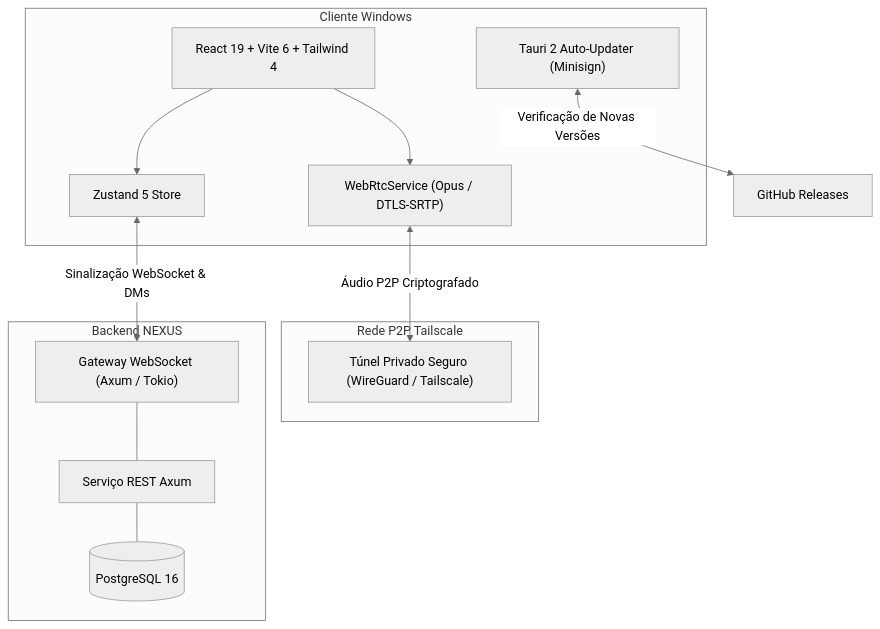
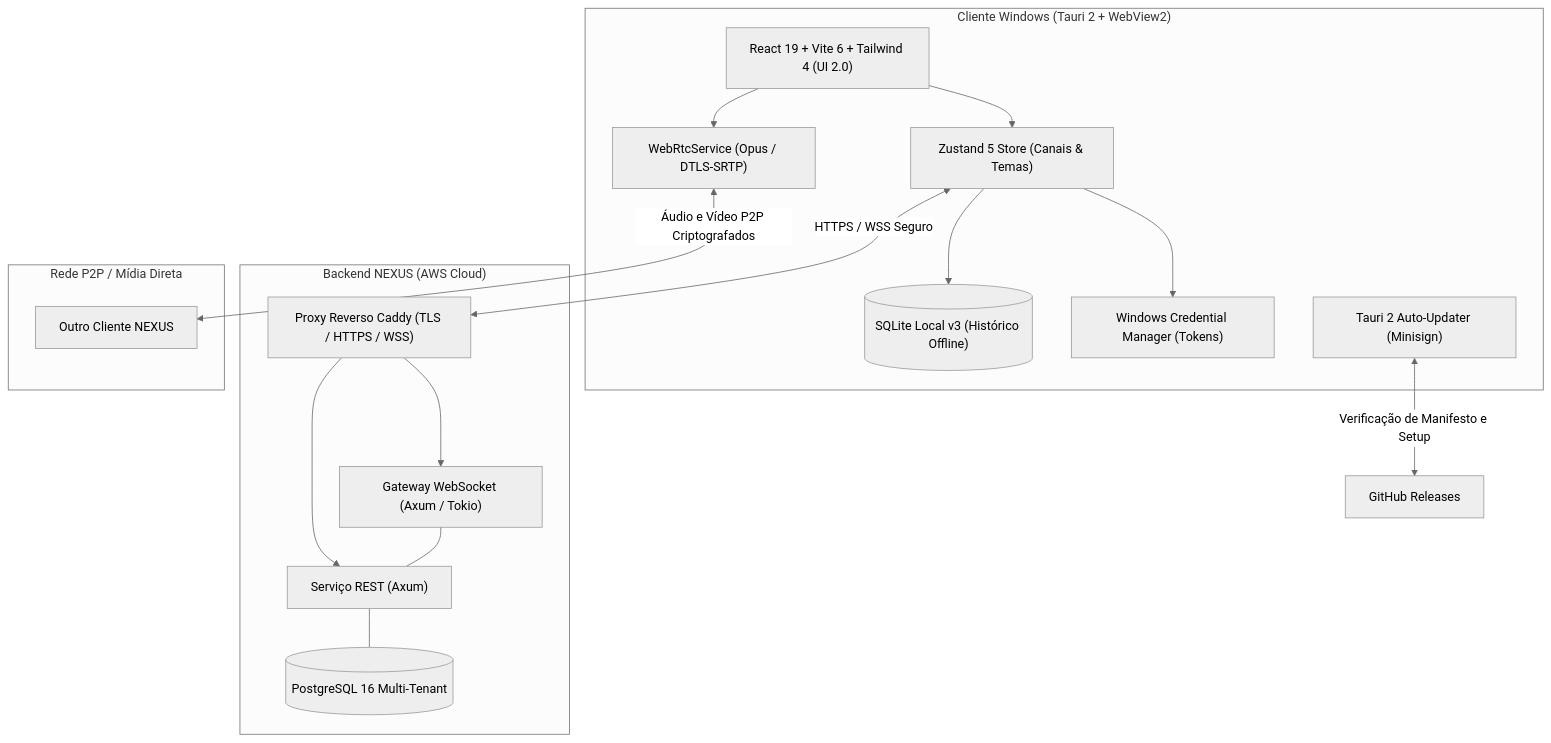
One commit to Sinisterzs/NEXUS changed the diagram in README.md. Above: the diagram before and after it, drawn with Mermaid (neutral theme). The commit also changed other lines of this file and 9 other files, not shown here.

````diff
--- a/README.md
+++ b/README.md
@@ -45,27 +59,35 @@
 ```mermaid
 flowchart TD
-    subgraph Cliente Windows
-        UI["React 19 + Vite 6 + Tailwind 4"]
-        Store["Zustand 5 Store"]
+    subgraph Cliente Windows ["Cliente Windows (Tauri 2 + WebView2)"]
+        UI["React 19 + Vite 6 + Tailwind 4 (UI 2.0)"]
+        Store["Zustand 5 Store (Canais & Temas)"]
         WebRTC["WebRtcService (Opus / DTLS-SRTP)"]
+        SQLite[("SQLite Local v3 (Histórico Offline)")]
+        Keyring["Windows Credential Manager (Tokens)"]
         Updater["Tauri 2 Auto-Updater (Minisign)"]
+        
         UI --> Store
         UI --> WebRTC
+        Store --> SQLite
+        Store --> Keyring
     end
 
-    subgraph Rede P2P Tailscale
-        Tunnel["Túnel Privado Seguro (WireGuard / Tailscale)"]
-        WebRTC <-->|Áudio P2P Criptografado| Tunnel
-    end
-
-    subgraph Backend NEXUS
+    subgraph Nuvem AWS ["Backend NEXUS (AWS Cloud)"]
+        Caddy["Proxy Reverso Caddy (TLS / HTTPS / WSS)"]
         Gateway["Gateway WebSocket (Axum / Tokio)"]
-        API["Serviço REST Axum"]
-        DB[(PostgreSQL 16)]
+        API["Serviço REST (Axum)"]
+        DB[(PostgreSQL 16 Multi-Tenant)]
+        
+        Caddy --> Gateway
+        Caddy --> API
         API --- DB
         Gateway --- API
     end
 
-    Store <-->|Sinalização WebSocket & DMs| Gateway
-    Updater <-->|Verificação de Novas Versões| GH["GitHub Releases"]
+    subgraph Rede P2P ["Rede P2P / Mídia Direta"]
+        WebRTC <-->|Áudio e Vídeo P2P Criptografados| Peer["Outro Cliente NEXUS"]
+    end
+
+    Store <-->|HTTPS / WSS Seguro| Caddy
+    Updater <-->|Verificação de Manifesto e Setup| GH["GitHub Releases"]
 ```
````
